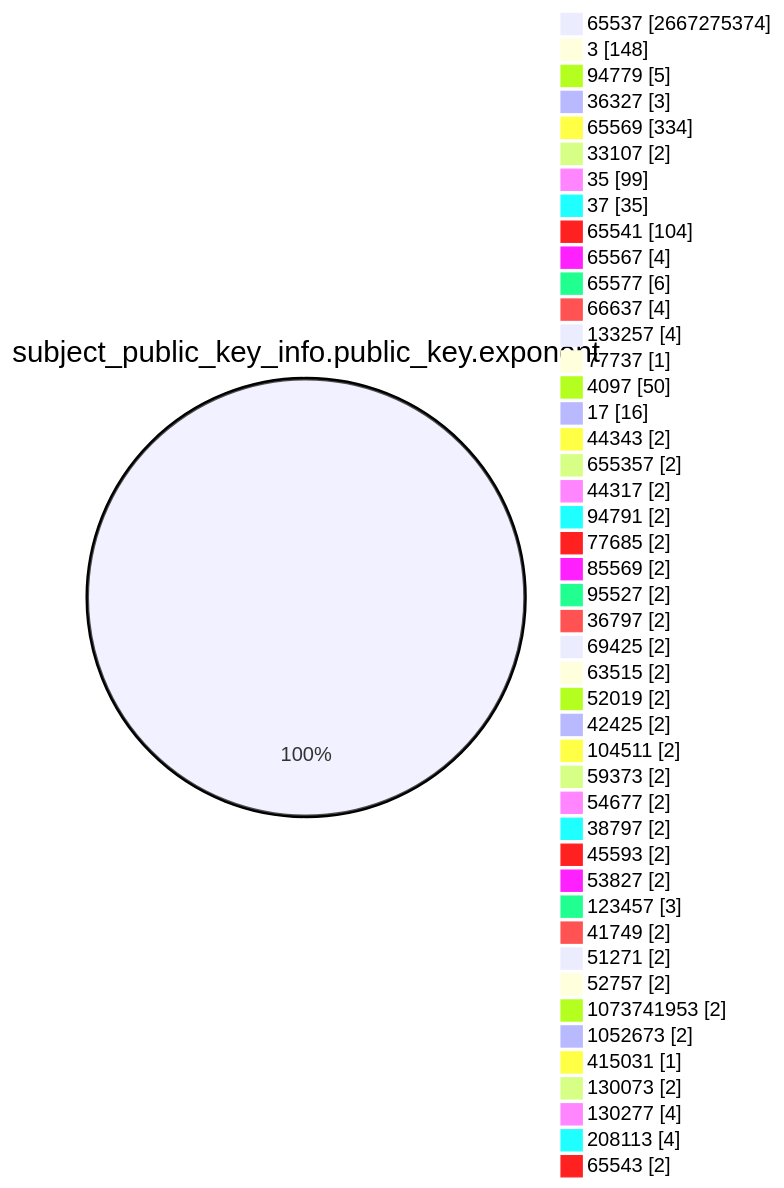
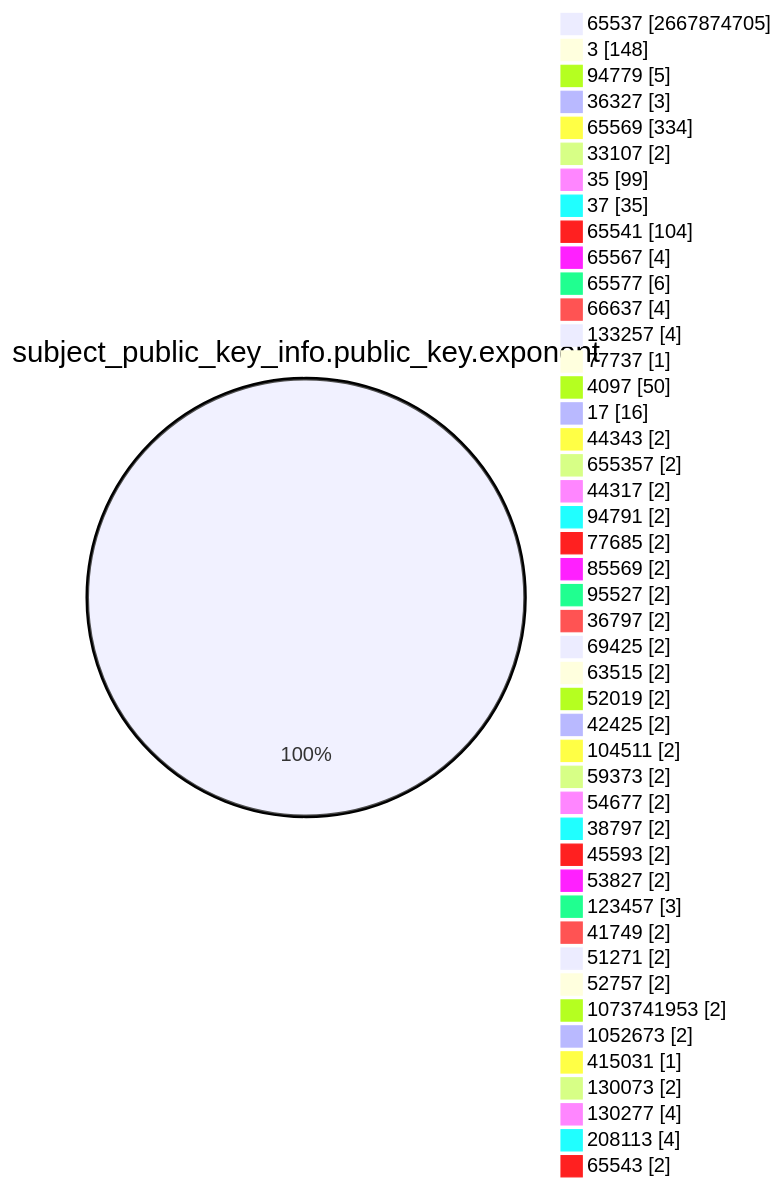
The fourth of 15 diagrams in TOTAL/README.md (christiankrug/ctmonitor_visualization), drawn with Mermaid before and after one commit. The commit also changed other lines of this file, not shown here.

````diff
--- a/TOTAL/README.md
+++ b/TOTAL/README.md
@@ -1467,49 +1467,49 @@
 ```mermaid
 pie showData
 title subject_public_key_info.public_key.exponent
-"65537" :2667275374
+"65537" :2667874705
 "3" :148
 "94779" :5
 "36327" :3
 "65569" :334
 "33107" :2
 "35" :99
 "37" :35
 "65541" :104
 "65567" :4
 "65577" :6
 "66637" :4
 "133257" :4
 "77737" :1
 "4097" :50
 "17" :16
 "44343" :2
 "655357" :2
 "44317" :2
 "94791" :2
 "77685" :2
 "85569" :2
 "95527" :2
 "36797" :2
 "69425" :2
 "63515" :2
 "52019" :2
 "42425" :2
 "104511" :2
 "59373" :2
 "54677" :2
 "38797" :2
 "45593" :2
 "53827" :2
 "123457" :3
 "41749" :2
 "51271" :2
 "52757" :2
 "1073741953" :2
 "1052673" :2
 "415031" :1
 "130073" :2
 "130277" :4
 "208113" :4
 "65543" :2
 ```
````
